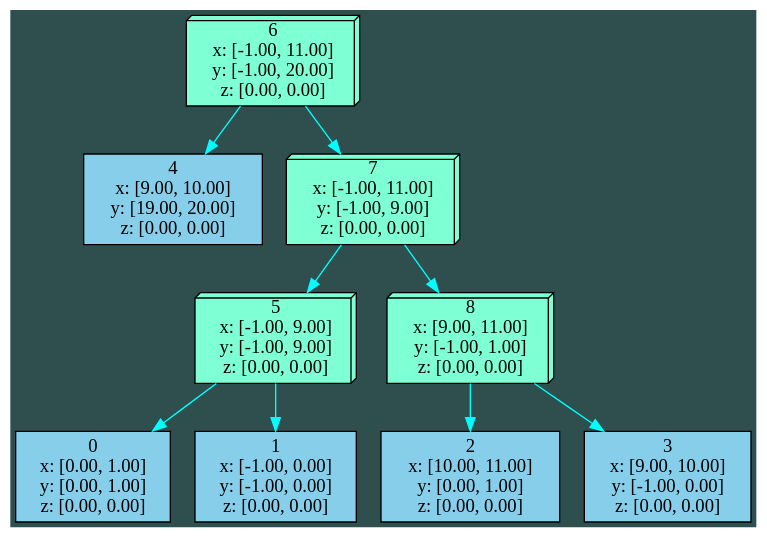
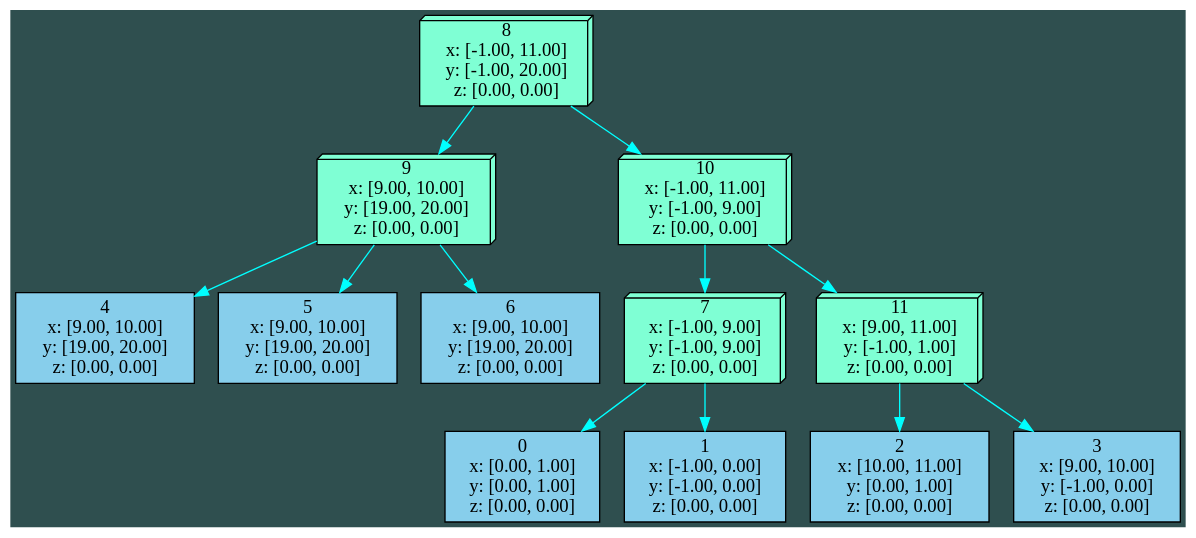
The diagram in tmp_cfg.dot (71frukt/Triangles), drawn with Graphviz before and after one commit. The commit also changed 7 other files, not shown here.

```diff
--- a/tmp_cfg.dot
+++ b/tmp_cfg.dot
@@ -1,57 +1,75 @@
 digraph G{                                       
    bgcolor = "darkslategray"
    edge [color = "aqua"]; 
 node_0x608000000020[  shape     = "box", style     = filled, fillcolor = "skyblue", label     = "0
 x: [0.00, 1.00]
 y: [0.00, 1.00]
 z: [0.00, 0.00]
 "]
 node_0x6080000000a0[  shape     = "box", style     = filled, fillcolor = "skyblue", label     = "1
 x: [-1.00, 0.00]
 y: [-1.00, 0.00]
 z: [0.00, 0.00]
 "]
 node_0x608000000120[  shape     = "box", style     = filled, fillcolor = "skyblue", label     = "2
 x: [10.00, 11.00]
 y: [0.00, 1.00]
 z: [0.00, 0.00]
 "]
 node_0x6080000001a0[  shape     = "box", style     = filled, fillcolor = "skyblue", label     = "3
 x: [9.00, 10.00]
 y: [-1.00, 0.00]
 z: [0.00, 0.00]
 "]
 node_0x608000000220[  shape     = "box", style     = filled, fillcolor = "skyblue", label     = "4
 x: [9.00, 10.00]
 y: [19.00, 20.00]
 z: [0.00, 0.00]
 "]
-node_0x60b000000040[  shape     = "box3d", style     = filled, fillcolor = "aquamarine", label     = "5
+node_0x6080000002a0[  shape     = "box", style     = filled, fillcolor = "skyblue", label     = "5
+x: [9.00, 10.00]
+y: [19.00, 20.00]
+z: [0.00, 0.00]
+"]
+node_0x608000000320[  shape     = "box", style     = filled, fillcolor = "skyblue", label     = "6
+x: [9.00, 10.00]
+y: [19.00, 20.00]
+z: [0.00, 0.00]
+"]
+node_0x60b000000040[  shape     = "box3d", style     = filled, fillcolor = "aquamarine", label     = "7
 x: [-1.00, 9.00]
 y: [-1.00, 9.00]
 z: [0.00, 0.00]
 "]
-node_0x60b000000ca0[  shape     = "box3d", style     = filled, fillcolor = "aquamarine", label     = "6
+node_0x60b0000009e0[  shape     = "box3d", style     = filled, fillcolor = "aquamarine", label     = "8
 x: [-1.00, 11.00]
 y: [-1.00, 20.00]
 z: [0.00, 0.00]
 "]
-node_0x60b0000019b0[  shape     = "box3d", style     = filled, fillcolor = "aquamarine", label     = "7
+node_0x60b000000930[  shape     = "box3d", style     = filled, fillcolor = "aquamarine", label     = "9
+x: [9.00, 10.00]
+y: [19.00, 20.00]
+z: [0.00, 0.00]
+"]
+node_0x60b0000016f0[  shape     = "box3d", style     = filled, fillcolor = "aquamarine", label     = "10
 x: [-1.00, 11.00]
 y: [-1.00, 9.00]
 z: [0.00, 0.00]
 "]
-node_0x60b000001900[  shape     = "box3d", style     = filled, fillcolor = "aquamarine", label     = "8
+node_0x60b000001640[  shape     = "box3d", style     = filled, fillcolor = "aquamarine", label     = "11
 x: [9.00, 11.00]
 y: [-1.00, 1.00]
 z: [0.00, 0.00]
 "]
 node_0x60b000000040->node_0x608000000020
 node_0x60b000000040->node_0x6080000000a0
-node_0x60b000000ca0->node_0x60b0000019b0
-node_0x60b000000ca0->node_0x608000000220
-node_0x60b0000019b0->node_0x60b000000040
-node_0x60b0000019b0->node_0x60b000001900
-node_0x60b000001900->node_0x608000000120
-node_0x60b000001900->node_0x6080000001a0
+node_0x60b0000009e0->node_0x60b000000930
+node_0x60b0000009e0->node_0x60b0000016f0
+node_0x60b000000930->node_0x608000000220
+node_0x60b000000930->node_0x6080000002a0
+node_0x60b000000930->node_0x608000000320
+node_0x60b0000016f0->node_0x60b000000040
+node_0x60b0000016f0->node_0x60b000001640
+node_0x60b000001640->node_0x608000000120
+node_0x60b000001640->node_0x6080000001a0
 }
```
